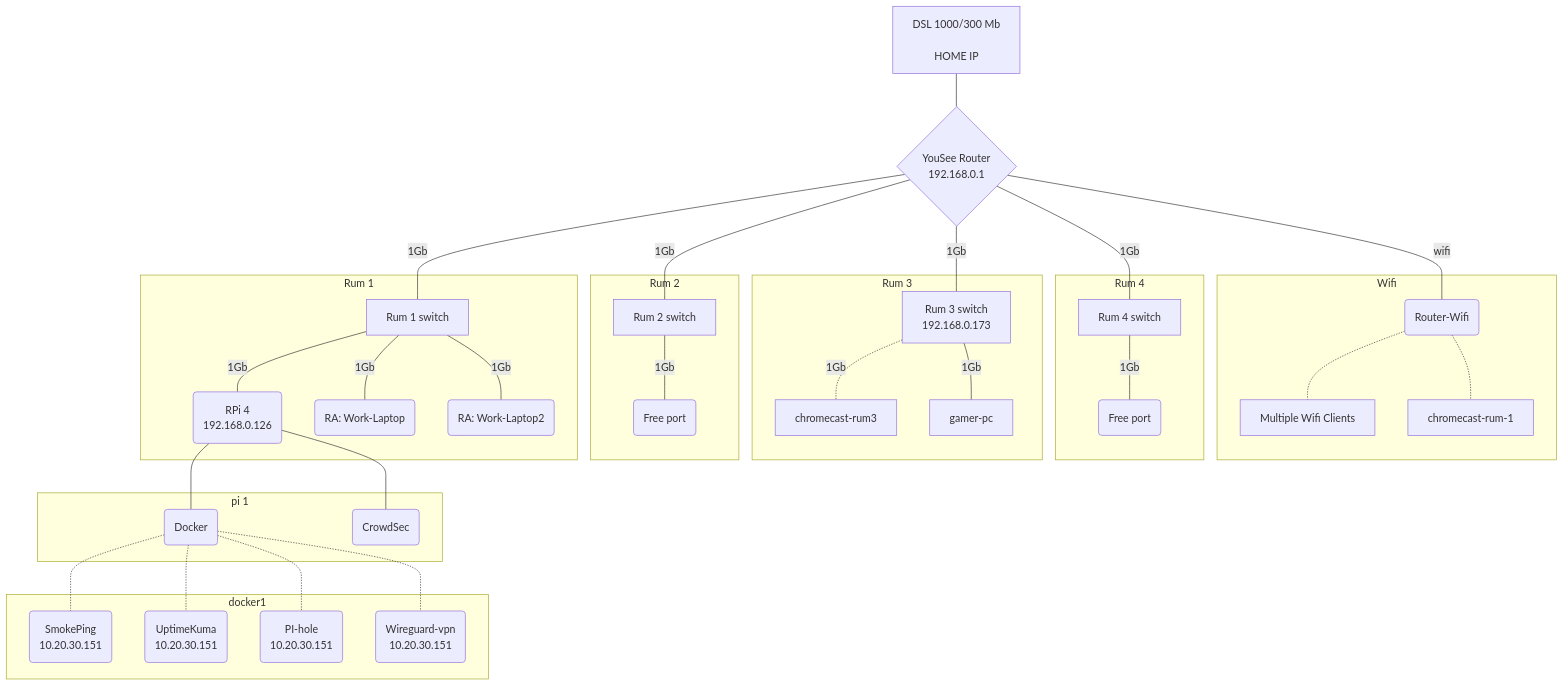
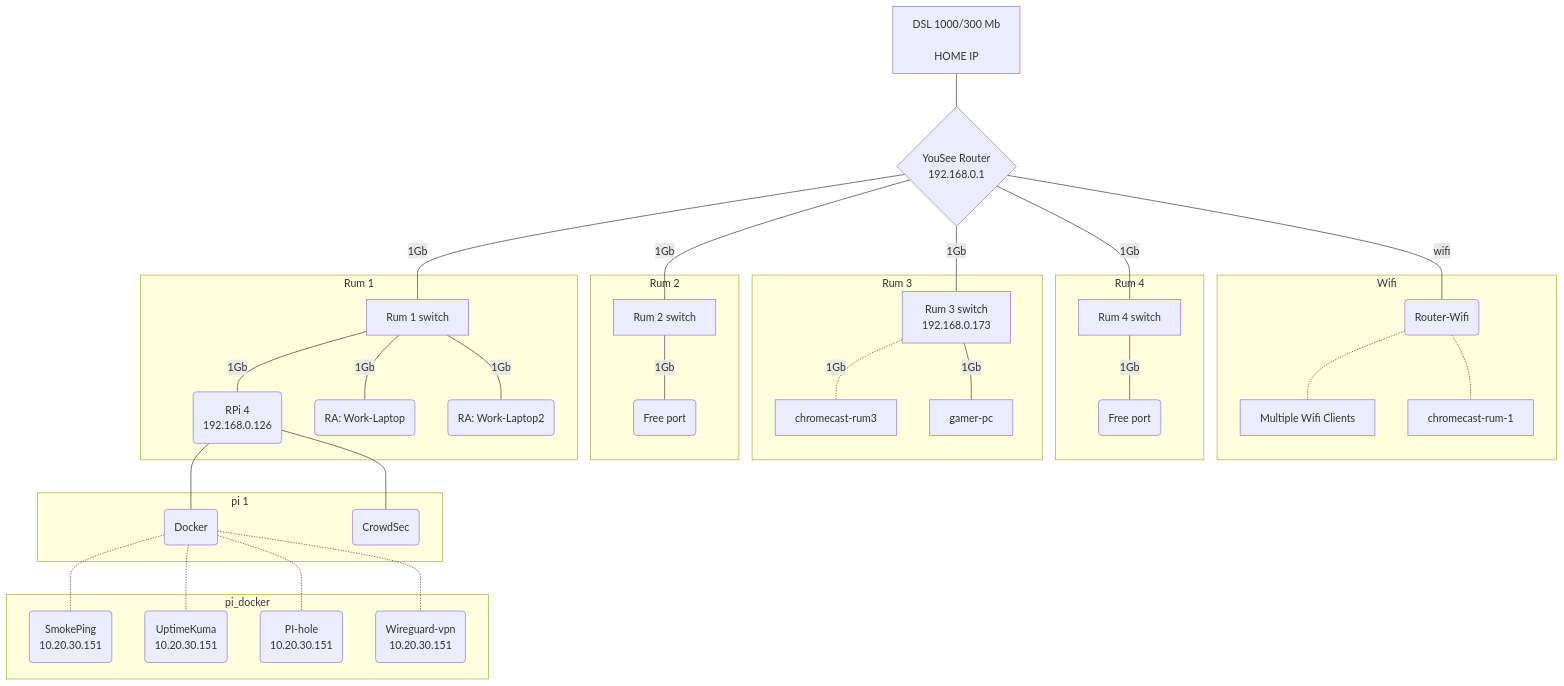
The diagram in Docs/Index.md (alf149/ansible), drawn with Mermaid before and after one commit.

````diff
--- a/Docs/Index.md
+++ b/Docs/Index.md
@@ -21,49 +21,49 @@
 ```mermaid
 graph TB
  linkStyle default interpolate basis
  wan1[<center>DSL 1000/300 Mb<br><br>HOME IP</center>]---router{<center>YouSee Router<br>192.168.0.1</center>}
  router---|1Gb|rum_1[<center>Rum 1 switch</center>]
  router---|1Gb|rum_2[<center>Rum 2 switch</center>]
  router---|1Gb|rum_3[<center>Rum 3 switch<br>192.168.0.173</center>]
  router---|1Gb|rum_4[<center>Rum 4 switch</center>]
  router---|wifi|ac_wifi(<center>Router-Wifi</center>)
 
 subgraph Wifi
 ac_wifi-.-Multiple[<center>Multiple Wifi Clients</center>]
 ac_wifi-.-chromecast-rum-1
 end
 
 subgraph Rum 4
 rum_4---|1Gb|free_2(<center>Free port</center>)
 end
 
 
 subgraph Rum 3
 rum_3-.-|1Gb|chromecast-rum3
 rum_3---|1Gb|gamer-pc
 end
 
 subgraph Rum 2
 rum_2---|1Gb|free_1(<center>Free port</center>)
 end
 
 subgraph Rum 1
 rum_1---|1Gb|pi(<center>RPi 4<br>192.168.0.126</center>)
 rum_1---|1Gb|work(<center>RA: Work-Laptop</center>)
 rum_1---|1Gb|work-lab(<center>RA: Work-Laptop2</center>)
 end
 
     subgraph pi 1
     pi---docker(<center>Docker</center>)
     pi---crowdsec(<center>CrowdSec</center>)
     end
 
-    subgraph docker1
+    subgraph pi_docker
     docker-.-smokeping(<center>SmokePing<br>10.20.30.151</center>)
     docker-.-uptimeKuma(<center>UptimeKuma<br>10.20.30.151</center>)
     docker-.-pihole(<center>PI-hole<br>10.20.30.151</center>)
     docker-.-wireguardvpn(<center>Wireguard-vpn<br>10.20.30.151</center>)
     end
 
 
 ```
````
